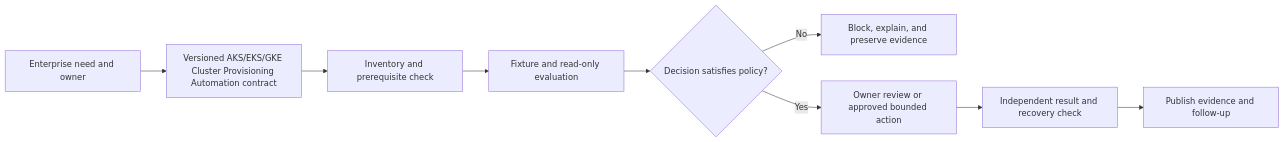
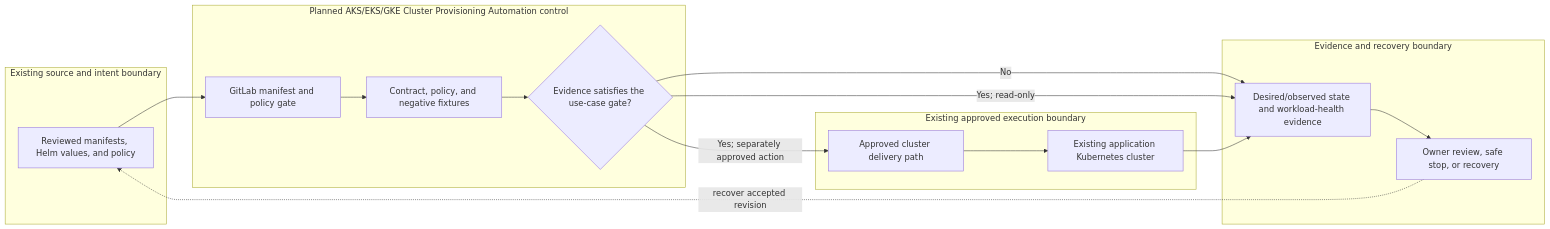
The diagram in docs/use-cases/kubernetes/UC-K8S-002-aks-eks-gke-cluster-provisioning-automation.md (MIDHTECH/enterprise-architecture-docs), drawn with Mermaid before and after one commit. The commit also changed other lines of this file and 227 other files, not shown here.

Commit message:
Deepen architecture for all use case designs

````diff
--- a/docs/use-cases/kubernetes/UC-K8S-002-aks-eks-gke-cluster-provisioning-automation.md
+++ b/docs/use-cases/kubernetes/UC-K8S-002-aks-eks-gke-cluster-provisioning-automation.md
@@ -136,11 +129,25 @@
 ```mermaid
 flowchart LR
-    Need["Enterprise need and owner"] --> Contract["Versioned AKS/EKS/GKE Cluster Provisioning Automation contract"]
-    Contract --> Preflight["Inventory and prerequisite check"]
-    Preflight --> Evaluate["Fixture and read-only evaluation"]
-    Evaluate --> Decision{"Decision satisfies policy?"}
-    Decision -->|No| Stop["Block, explain, and preserve evidence"]
-    Decision -->|Yes| Review["Owner review or approved bounded action"]
-    Review --> Verify["Independent result and recovery check"]
-    Verify --> Publish["Publish evidence and follow-up"]
+    subgraph Source["Existing source and intent boundary"]
+        A["Reviewed manifests, Helm values, and policy"]
+    end
+    subgraph Planned["Planned AKS/EKS/GKE Cluster Provisioning Automation control"]
+        B["GitLab manifest and policy gate"]
+        C["Contract, policy, and negative fixtures"]
+        D{"Evidence satisfies the use-case gate?"}
+    end
+    subgraph Runtime["Existing approved execution boundary"]
+        E["Approved cluster delivery path"]
+        F["Existing application Kubernetes cluster"]
+    end
+    subgraph Assurance["Evidence and recovery boundary"]
+        G["Desired/observed state and workload-health evidence"]
+        H["Owner review, safe stop, or recovery"]
+    end
+
+    A --> B --> C --> D
+    D -->|No| G --> H
+    D -->|Yes; read-only| G
+    D -->|Yes; separately approved action| E --> F --> G
+    H -. recover accepted revision .-> A
 ```
````
